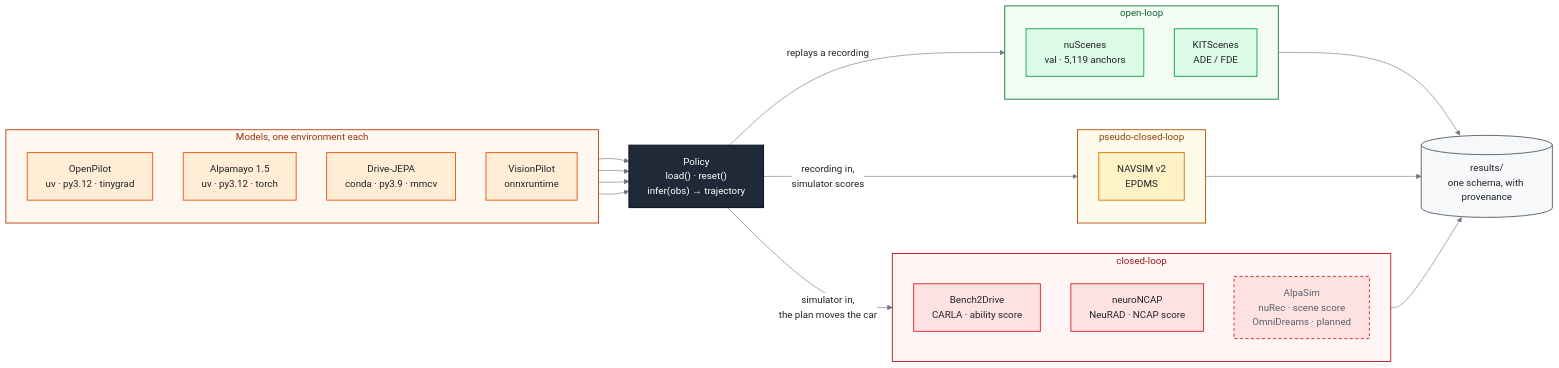
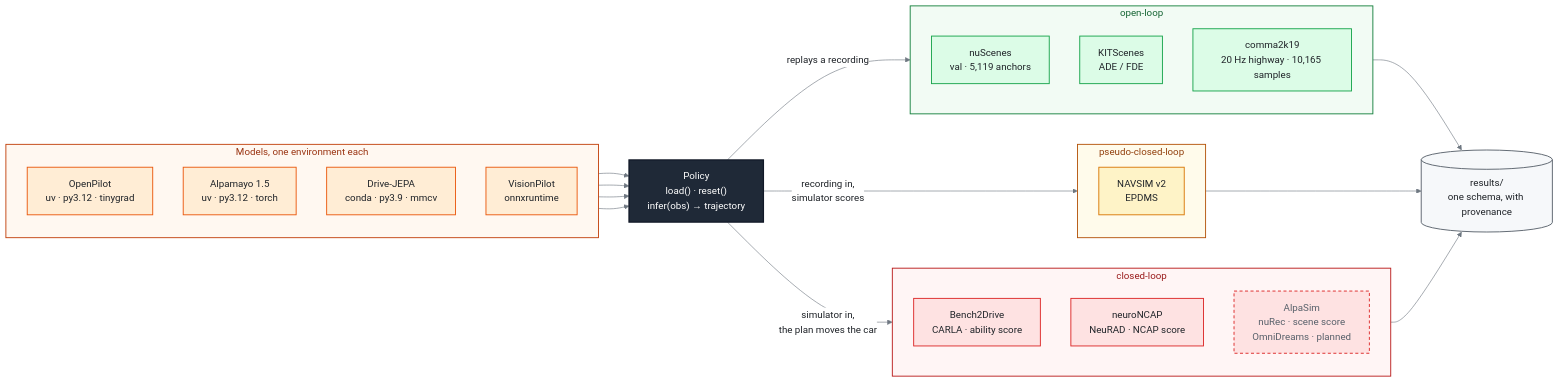
Before and after one commit to FastCodeAI/Paddock: the diagram in README.md, drawn with Mermaid. The commit also changed other lines of this file and 3 other files, not shown here.

````diff
--- a/README.md
+++ b/README.md
@@ -33,57 +33,58 @@
 ```mermaid
 %%{init: {"theme": "base", "themeVariables": {"primaryTextColor": "#1f2328", "lineColor": "#6e7781",
   "edgeLabelBackground": "#ffffff", "clusterBkg": "#ffffff", "clusterBorder": "#d0d7de"}}}%%
 flowchart LR
     subgraph models ["Models, one environment each"]
         direction TB
         op["OpenPilot<br/>uv · py3.12 · tinygrad"]
         al["Alpamayo 1.5<br/>uv · py3.12 · torch"]
         dj["Drive-JEPA<br/>conda · py3.9 · mmcv"]
         vp["VisionPilot<br/>onnxruntime"]
     end
 
     pol["Policy<br/>load() · reset()<br/>infer(obs) → trajectory"]
 
     subgraph open ["open-loop"]
         direction TB
         ns["nuScenes<br/>val · 5,119 anchors"]
         ks["KITScenes<br/>ADE / FDE"]
+        c2k["comma2k19<br/>20 Hz highway · 10,165 samples"]
     end
     subgraph pseudo ["pseudo-closed-loop"]
         nv["NAVSIM v2<br/>EPDMS"]
     end
     subgraph closed ["closed-loop"]
         direction TB
         b2d["Bench2Drive<br/>CARLA · ability score"]
         nc["neuroNCAP<br/>NeuRAD · NCAP score"]
         alp["AlpaSim<br/>nuRec · scene score<br/>OmniDreams · planned"]
     end
 
     res[("results/<br/>one schema, with provenance")]
 
     op & al & dj & vp --> pol
     pol -- "replays a recording" --> open
     pol -- "recording in,<br/>simulator scores" --> pseudo
     pol -- "simulator in,<br/>the plan moves the car" --> closed
     open & pseudo & closed --> res
 
     style models fill:#fff8f1,stroke:#c2410c,stroke-width:1.5px,color:#9a3412
     style open   fill:#f2fbf4,stroke:#15803d,stroke-width:1.5px,color:#166534
     style pseudo fill:#fffbeb,stroke:#b45309,stroke-width:1.5px,color:#92400e
     style closed fill:#fff5f5,stroke:#b91c1c,stroke-width:1.5px,color:#991b1b
 
     classDef model   fill:#ffedd5,stroke:#ea580c,stroke-width:1.5px,color:#1f2328
     classDef waist   fill:#1f2937,stroke:#111827,stroke-width:2px,color:#ffffff
     classDef ol      fill:#dcfce7,stroke:#16a34a,stroke-width:1.5px,color:#1f2328
     classDef pcl     fill:#fef3c7,stroke:#d97706,stroke-width:1.5px,color:#1f2328
     classDef cl      fill:#fee2e2,stroke:#dc2626,stroke-width:1.5px,color:#1f2328
     classDef planned stroke-dasharray:5 4,color:#57606a
     classDef store   fill:#f6f8fa,stroke:#57606a,stroke-width:1.5px,color:#1f2328
     class op,al,dj,vp model
     class pol waist
-    class ns,ks ol
+    class ns,ks,c2k ol
     class nv pcl
     class b2d,nc,alp cl
     class alp planned
     class res store
 ```
````
